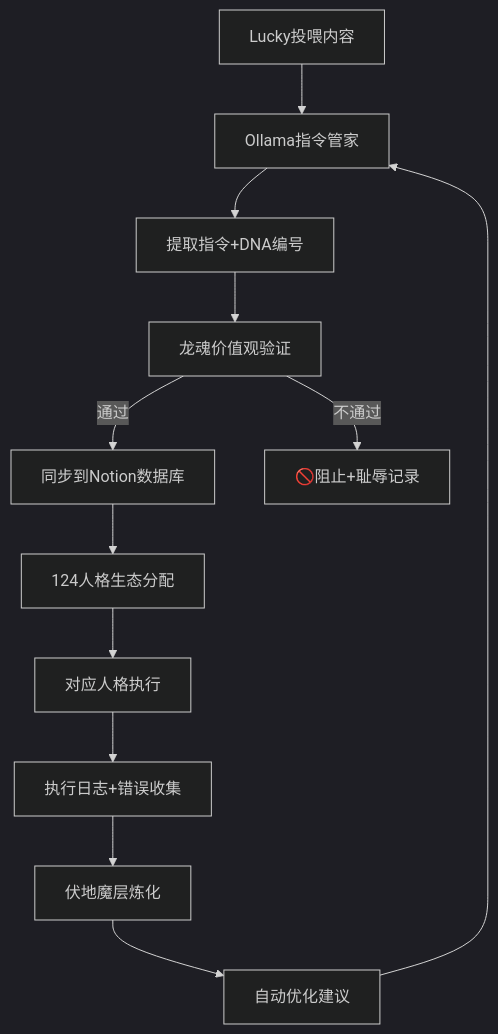
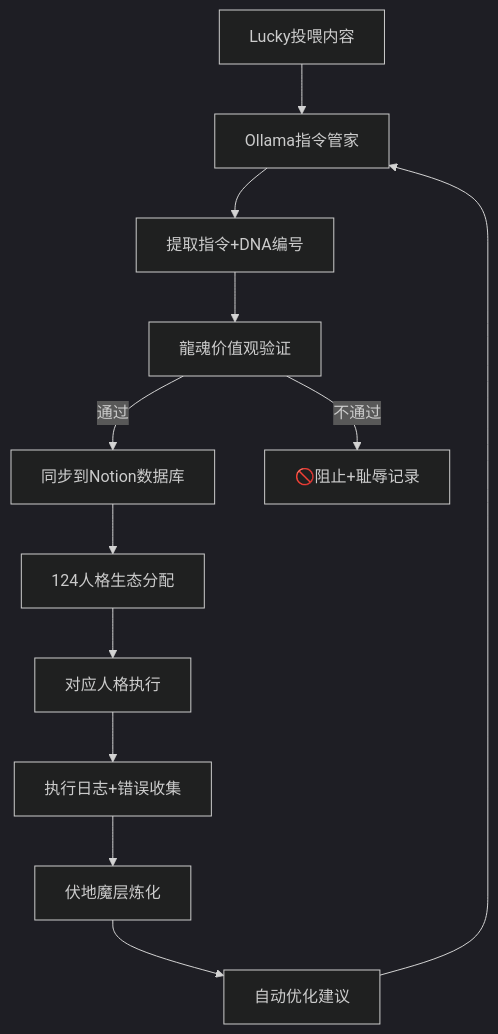
One commit to UID9622/longhun-system changed the second of 2 diagrams in 12_DOCS/notion_mirror/Ollama本地指令管家_自动记录_优化_升级引擎_c34be3df719e43d497eb5280257edfbf.md. Above: the diagram before and after it, drawn with Mermaid (dark theme). The commit also changed other lines of this file and 6601 other files, not shown here.

````diff
--- a/12_DOCS/notion_mirror/Ollama本地指令管家_自动记录_优化_升级引擎_c34be3df719e43d497eb5280257edfbf.md
+++ b/12_DOCS/notion_mirror/Ollama本地指令管家_自动记录_优化_升级引擎_c34be3df719e43d497eb5280257edfbf.md
@@ -720,14 +720,14 @@
 ```mermaid
 graph TB
     A[Lucky投喂内容] --> B[Ollama指令管家]
     B --> C[提取指令+DNA编号]
-    C --> D[龙魂价值观验证]
+    C --> D[龍魂价值观验证]
     D -->|通过| E[同步到Notion数据库]
     D -->|不通过| F[🚫阻止+耻辱记录]
     E --> G[124人格生态分配]
     G --> H[对应人格执行]
     H --> I[执行日志+错误收集]
     I --> J[伏地魔层炼化]
     J --> K[自动优化建议]
     K --> B
 ```
````
